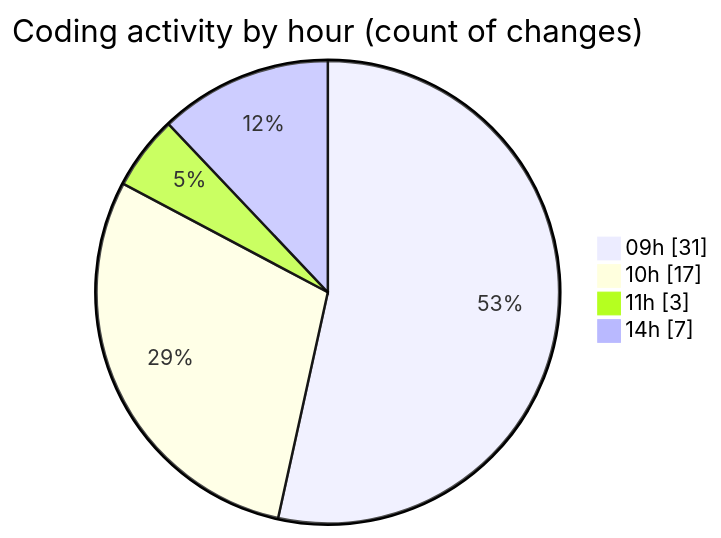
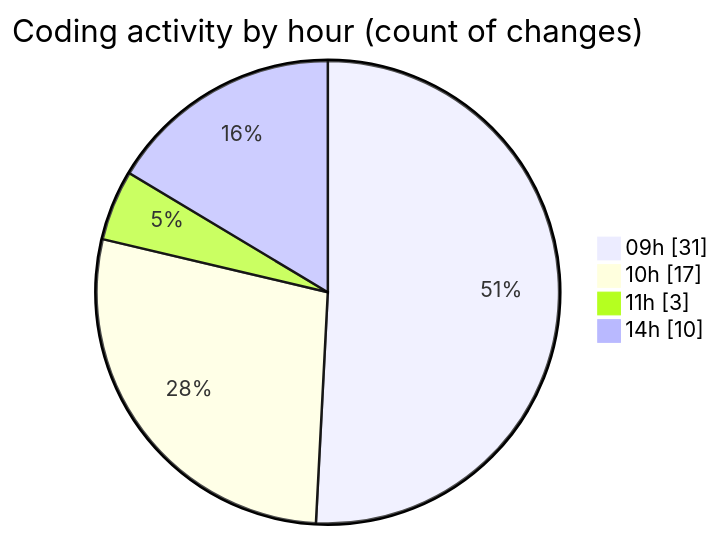
The second of 2 diagrams in 2025-03-05/termonied_testador/README.md (robertbonfada/code-tracking), drawn with Mermaid before and after one commit. The commit also changed other lines of this file and 1 other file, not shown here.

````diff
--- a/2025-03-05/termonied_testador/README.md
+++ b/2025-03-05/termonied_testador/README.md
@@ -38,8 +38,8 @@
 ```mermaid
 pie showData
 title Coding activity by hour (count of changes)
 "09h" : 31
 "10h" : 17
 "11h" : 3
-"14h" : 7
+"14h" : 10
 ```
````
